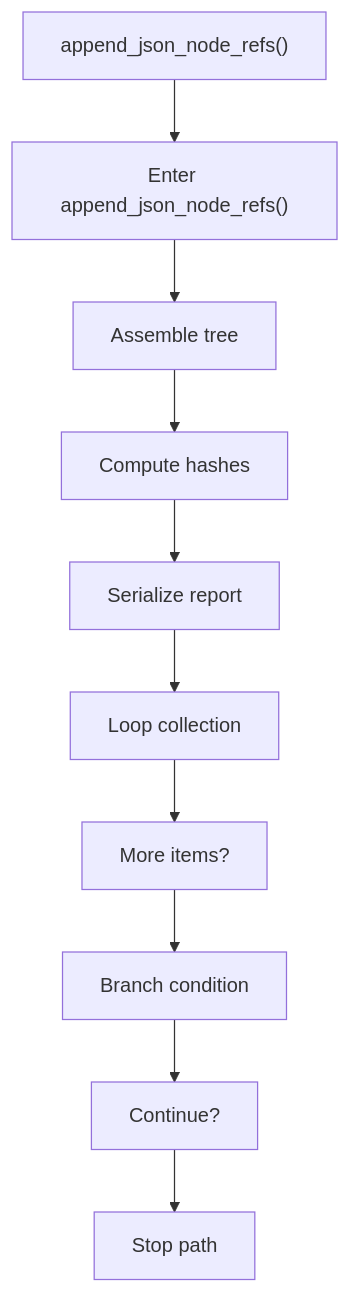
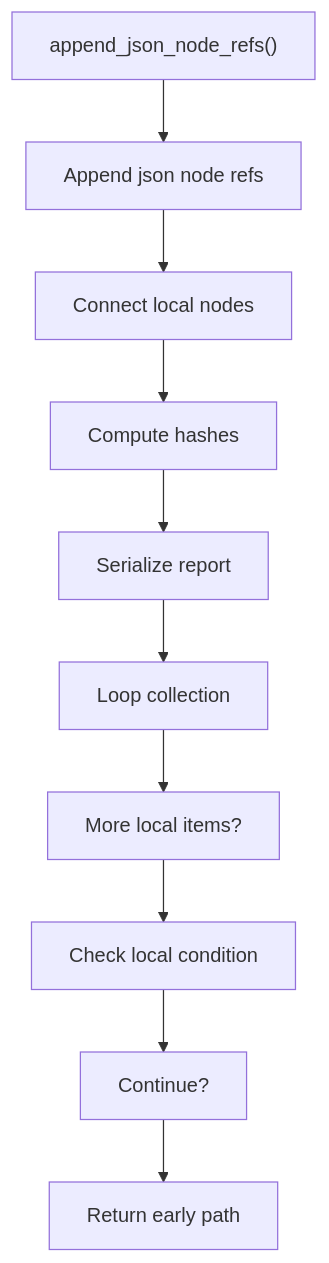
One commit to JohnAndrewBalbarosa/NeoTerritory changed the first of 2 diagrams in docs/Codebase/Microservice/Modules/Source/OutputGeneration/Report/append_json_node_refs.cpp.md. Above: the diagram before and after it, drawn with Mermaid. The commit also changed other lines of this file and 915 other files, not shown here.

````diff
--- a/docs/Codebase/Microservice/Modules/Source/OutputGeneration/Report/append_json_node_refs.cpp.md
+++ b/docs/Codebase/Microservice/Modules/Source/OutputGeneration/Report/append_json_node_refs.cpp.md
@@ -27,22 +27,22 @@
 ```mermaid
 flowchart TD
     N0["append_json_node_refs()"]
-    N1["Enter append_json_node_refs()"]
-    N2["Assemble tree"]
+    N1["Append json node refs"]
+    N2["Connect local nodes"]
     N3["Compute hashes"]
     N4["Serialize report"]
     N5["Loop collection"]
-    N6["More items?"]
-    N7["Branch condition"]
+    N6["More local items?"]
+    N7["Check local condition"]
     N8["Continue?"]
-    N9["Stop path"]
+    N9["Return early path"]
     N0 --> N1
     N1 --> N2
     N2 --> N3
     N3 --> N4
     N4 --> N5
     N5 --> N6
     N6 --> N7
     N7 --> N8
     N8 --> N9
 ```
````
